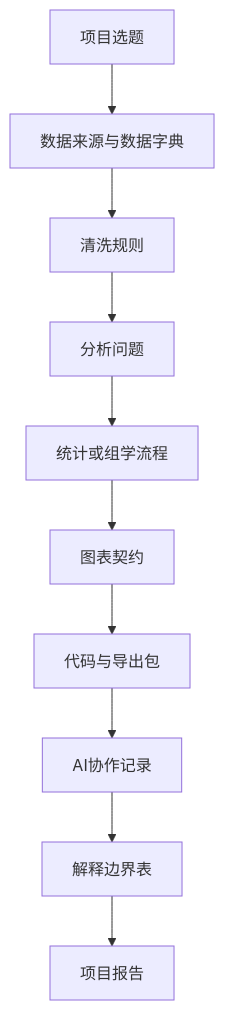
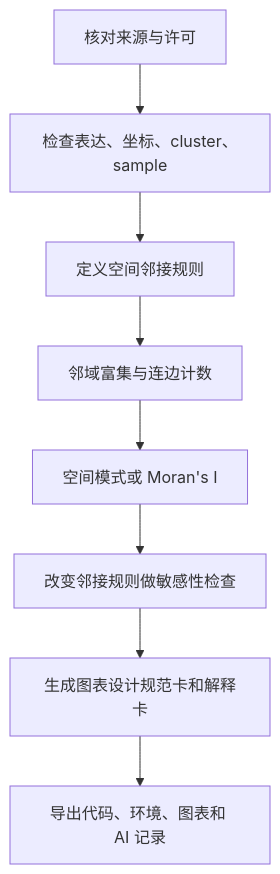
One commit to luvega/AI_MED_DataVis changed the third of 4 diagrams in docs/chapters/chapter-15/index.md. Above: the diagram before and after it, drawn with Mermaid. The commit also changed other lines of this file and 84 other files, not shown here.

````diff
--- a/docs/chapters/chapter-15/index.md
+++ b/docs/chapters/chapter-15/index.md
@@ -229,12 +638,10 @@
 ```mermaid
 flowchart TD
-  A["项目选题"] --> B["数据来源与数据字典"]
-  B --> C["清洗规则"]
-  C --> D["分析问题"]
-  D --> E["统计或组学流程"]
-  E --> F["图表契约"]
-  F --> G["代码与导出包"]
-  G --> H["AI协作记录"]
-  H --> I["解释边界表"]
-  I --> J["项目报告"]
+  A["核对来源与许可"] --> B["检查表达、坐标、cluster、sample"]
+  B --> C["定义空间邻接规则"]
+  C --> D["邻域富集与连边计数"]
+  D --> E["空间模式或 Moran's I"]
+  E --> F["改变邻接规则做敏感性检查"]
+  F --> G["生成图表设计规范卡和解释卡"]
+  G --> H["导出代码、环境、图表和 AI 记录"]
 ```
````
